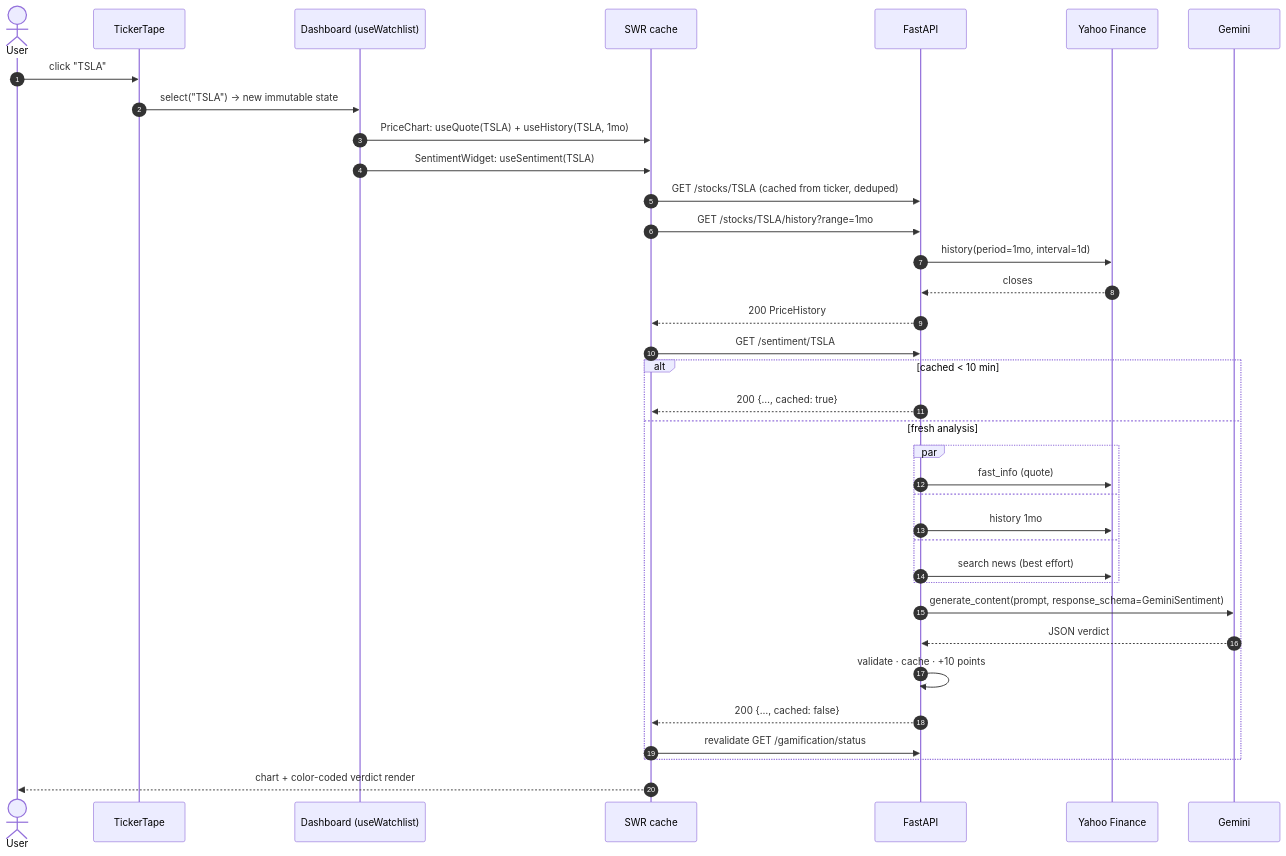
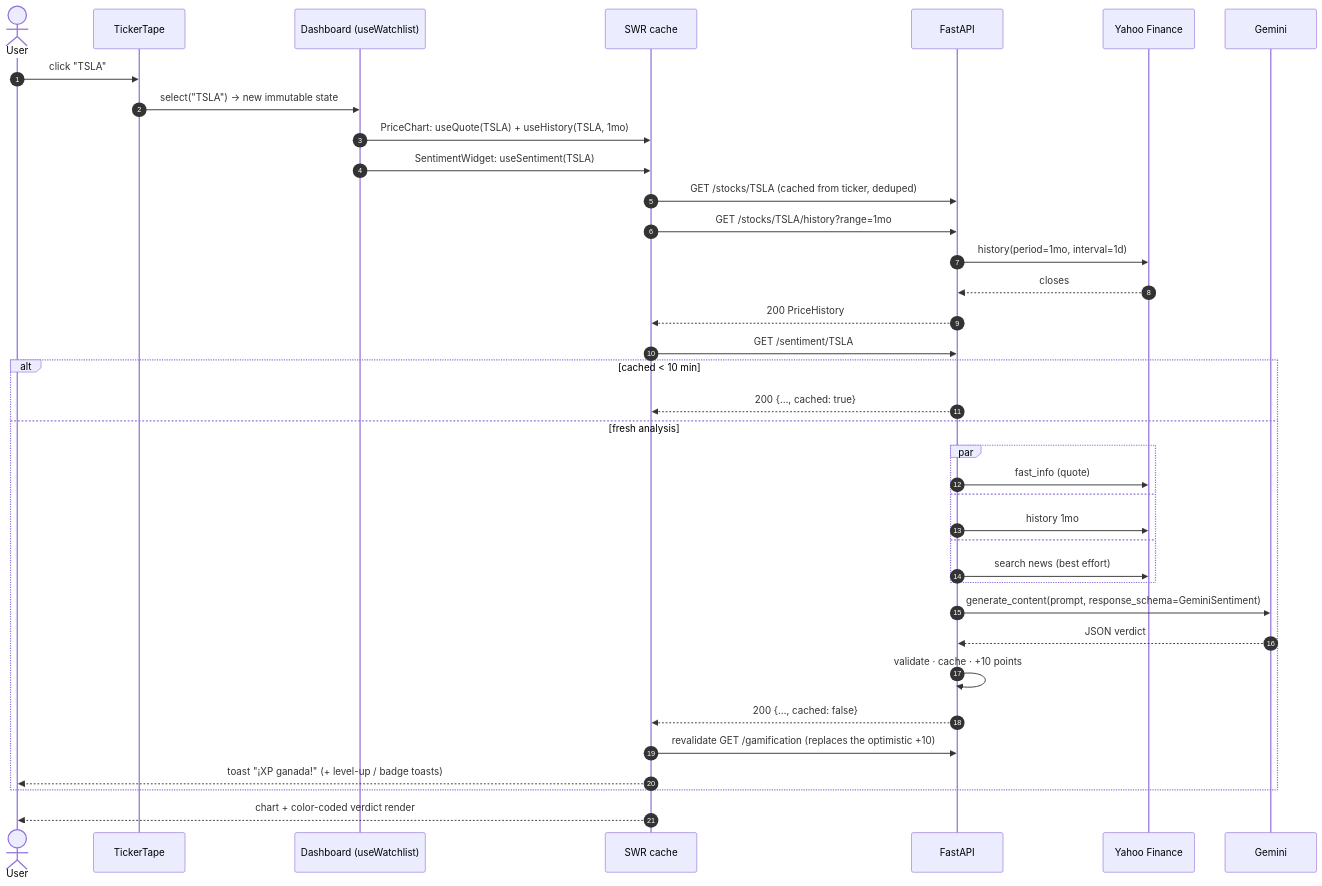
The third of 5 diagrams in ARCHITECTURE.md (cmlf1598/trader-pulse), drawn with Mermaid before and after one commit. The commit also changed 18 other files, not shown here.

First line of the commit message:
Gamification: Bull Market Expert badge, optimistic XP and toasts

````diff
--- a/ARCHITECTURE.md
+++ b/ARCHITECTURE.md
@@ -73,39 +73,40 @@
 ```mermaid
 sequenceDiagram
     autonumber
     actor U as User
     participant T as TickerTape
     participant D as Dashboard (useWatchlist)
     participant S as SWR cache
     participant A as FastAPI
     participant Y as Yahoo Finance
     participant G as Gemini
 
     U->>T: click "TSLA"
     T->>D: select("TSLA") → new immutable state
     D->>S: PriceChart: useQuote(TSLA) + useHistory(TSLA, 1mo)
     D->>S: SentimentWidget: useSentiment(TSLA)
     S->>A: GET /stocks/TSLA (cached from ticker, deduped)
     S->>A: GET /stocks/TSLA/history?range=1mo
     A->>Y: history(period=1mo, interval=1d)
     Y-->>A: closes
     A-->>S: 200 PriceHistory
     S->>A: GET /sentiment/TSLA
     alt cached < 10 min
         A-->>S: 200 {…, cached: true}
     else fresh analysis
         par
             A->>Y: fast_info (quote)
         and
             A->>Y: history 1mo
         and
             A->>Y: search news (best effort)
         end
         A->>G: generate_content(prompt, response_schema=GeminiSentiment)
         G-->>A: JSON verdict
         A->>A: validate · cache · +10 points
         A-->>S: 200 {…, cached: false}
-        S->>A: revalidate GET /gamification/status
+        S->>A: revalidate GET /gamification (replaces the optimistic +10)
+        S-->>U: toast "¡XP ganada!" (+ level-up / badge toasts)
     end
     S-->>U: chart + color-coded verdict render
 ```
````
